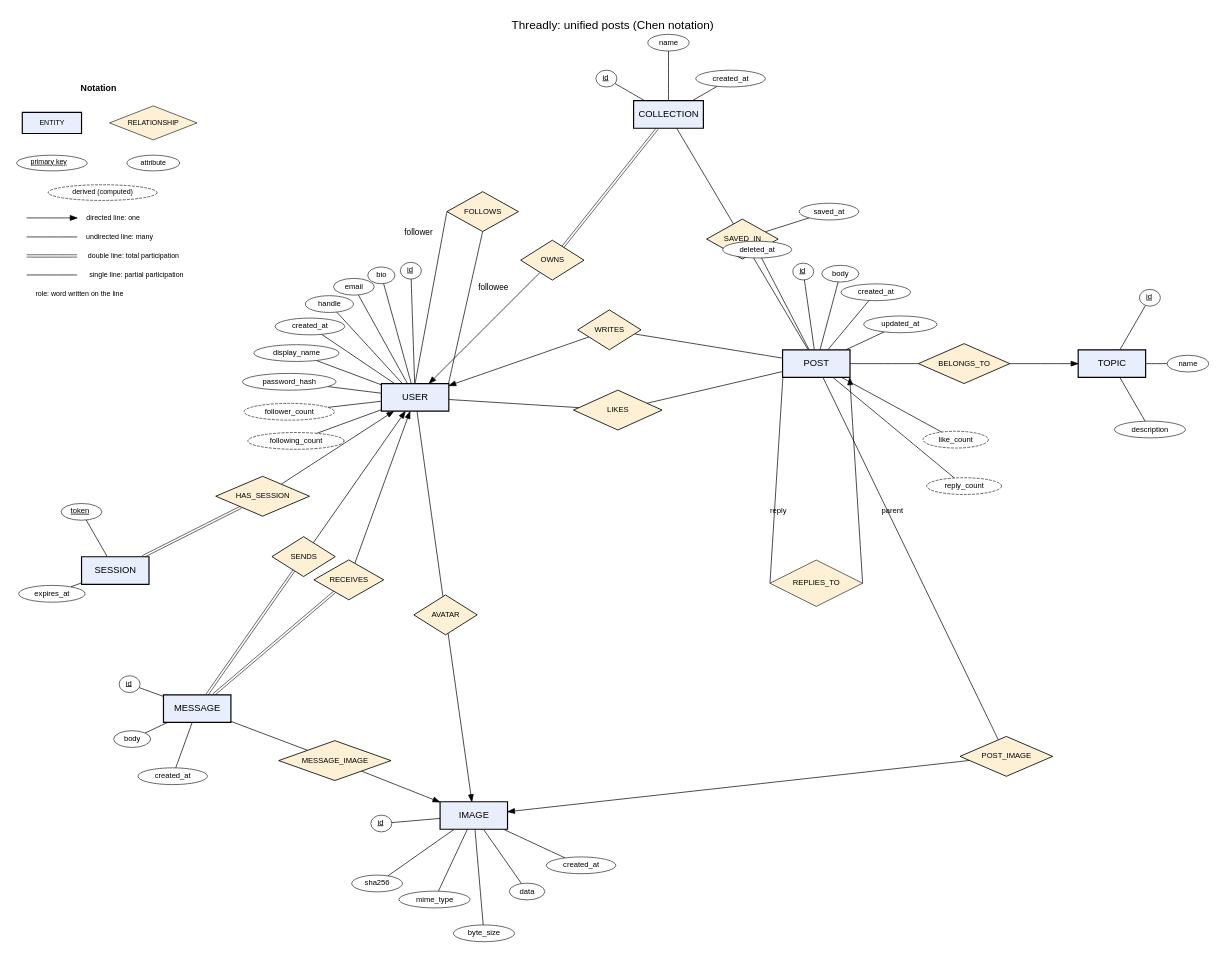
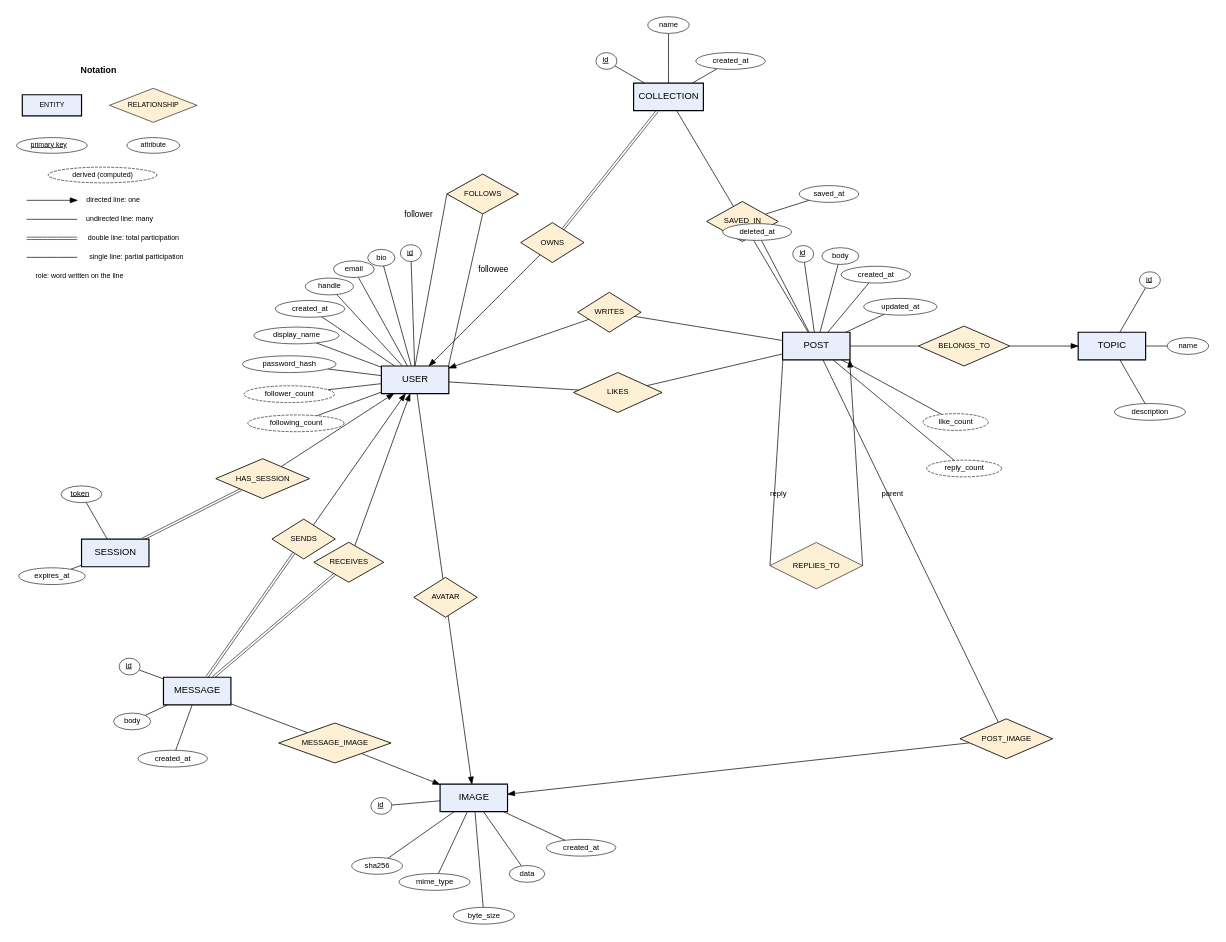
The diagram in docs/er-diagram.dot (invalidcode232/comp3278-project), drawn with Graphviz before and after one commit. The commit also changed 2 other files, not shown here.

Commit message:
docs: remove ER diagram title

```diff
--- a/docs/er-diagram.dot
+++ b/docs/er-diagram.dot
@@ -1,164 +1,163 @@
 // Chen-notation ER diagram for the COMP3278 social app.
 //
 // Render to SVG with Graphviz (neato engine, because every node position is pinned):
 //   dot -Kneato -Tsvg docs/er-diagram.dot -o docs/er-diagram.svg
 // or paste this file into https://dreampuf.github.io/GraphvizOnline and pick engine "neato".
 //
 // Notation
 //   rectangle       entity set
 //   diamond         relationship set
 //   ellipse         attribute: underlined = primary key, dashed = derived (computed by a query, not stored)
 //   arrow           mapping cardinality "one": directed line from the relationship to the entity on the one side
 //   plain line      mapping cardinality "many": undirected line (both sides plain = many-to-many)
 //   double line     total participation: every entity on that side must take part (NOT NULL foreign key)
 //   single line     partial participation
 //   role name       written on the line (follower / followee on the recursive FOLLOWS)
 // Foreign-key columns (author_id, topic_id, ...) are not drawn as attributes: in Chen notation the
 // relationship diamonds represent them. Positions are in inches (pos="x,y!" pins a node).
 
 graph ER {
   graph [layout=neato, splines=true, outputorder=edgesfirst, pad=0.3, bgcolor=white,
-         fontname="Helvetica", fontsize=20, labelloc=t,
-         label="Threadly: unified posts (Chen notation)"];
+         fontname="Helvetica"];
   node  [fontname="Helvetica"];
   edge  [fontname="Helvetica", fontsize=15, penwidth=1.2];
 
   // ---------------------------------------------------------------- entity sets
   node [shape=box, style="filled", fillcolor="#e8eefc", penwidth=2, width=1.6, height=0.65, fontsize=16];
   USER        [pos="0,0!"];
   SESSION     [pos="-7.1,-4.1!"];
   MESSAGE     [pos="-5.16,-7.37!"];
   IMAGE       [pos="1.39,-9.9!"];
   POST      [pos="9.5,0.8!"];
   TOPIC       [pos="16.5,0.8!"];
   COLLECTION  [pos="6.0,6.7!"];
 
   // ---------------------------------------------------------------- relationship sets
   node [shape=diamond, style=filled, fillcolor="#fdf0d5", penwidth=1.4, width=1.5, height=0.95, fontsize=13];
   R_HAS       [label="HAS_SESSION", pos="-3.61,-2.34!", width=2.0];
   R_FOLLOWS   [label="FOLLOWS", pos="1.6,4.4!", width=1.7];
   R_OWNS      [label="OWNS", pos="3.25,3.25!"];
   R_SAVED     [label="SAVED_IN", pos="7.75,3.75!", width=1.7];
   R_WRITES    [label="WRITES", pos="4.6,1.6!"];
   R_LIKES_T   [label="LIKES", pos="4.8,-0.3!", width=2.1];
   R_IN        [label="BELONGS_TO", pos="13.0,0.8!", width=1.9];
   R_AVATAR    [label="AVATAR", pos="0.72,-5.15!"];
   R_SENDS     [label="SENDS", pos="-2.64,-3.77!"];
   R_RECEIVES  [label="RECEIVES", pos="-1.57,-4.32!", width=1.6];
   R_M_IMG     [label="MESSAGE_IMAGE", pos="-1.9,-8.6!", width=2.3];
   R_T_IMG     [label="POST_IMAGE", pos="14.0,-8.5!", width=2.2];
 
   // ---------------------------------------------------------------- attributes
   node [shape=ellipse, style=filled, fillcolor=white, penwidth=1, width=0, height=0, margin="0.09,0.04", fontsize=13];
   // USER
   u_id         [label=<<u>id</u>>, pos="-0.1,3.0!"];
   u_bio        [label="bio", pos="-0.8,2.89!"];
   u_email      [label="email", pos="-1.45,2.62!"];
   u_handle     [label="handle", pos="-2.03,2.21!"];
   u_created    [label="created_at", pos="-2.49,1.68!"];
   u_name       [label="display_name", pos="-2.81,1.05!"];
   u_pw         [label="password_hash", pos="-2.98,0.37!"];
   u_followers  [label="follower_count", style="filled,dashed", pos="-2.98,-0.34!"];
   u_following  [label="following_count", style="filled,dashed", pos="-2.82,-1.03!"];
   USER -- {u_id u_bio u_email u_handle u_created u_name u_pw u_followers u_following};
   // SESSION
   s_token      [label=<<u>token</u>>, pos="-7.9,-2.71!"];
   s_expires    [label="expires_at", pos="-8.6,-4.65!"];
   SESSION -- {s_token s_expires};
   // MESSAGE
   m_id         [label=<<u>id</u>>, pos="-6.76,-6.79!"];
   m_body       [label="body", pos="-6.7,-8.09!"];
   m_created    [label="created_at", pos="-5.74,-8.97!"];
   MESSAGE -- {m_id m_body m_created};
   // IMAGE
   i_id         [label=<<u>id</u>>, pos="-0.8,-10.09!"];
   i_sha        [label="sha256", pos="-0.9,-11.51!"];
   i_mime       [label="mime_type", pos="0.46,-11.89!"];
   i_size       [label="byte_size", pos="1.63,-12.69!"];
   i_data       [label="data", pos="2.65,-11.7!"];
   i_created    [label="created_at", pos="3.93,-11.08!"];
   IMAGE -- {i_id i_sha i_mime i_size i_data i_created};
   // POST
   t_id         [label=<<u>id</u>>, pos="9.19,2.98!"];
   t_body       [label="body", pos="10.07,2.93!"];
   t_created    [label="created_at", pos="10.91,2.49!"];
   t_updated    [label="updated_at", pos="11.49,1.73!"];
   t_likes      [label="like_count", style="filled,dashed", pos="12.8,-1.0!"];
   t_replies   [label="reply_count", style="filled,dashed", pos="13,-2.1!"];
   POST -- {t_id t_body t_created t_updated t_likes t_replies};
   // TOPIC
   tp_id        [label=<<u>id</u>>, pos="17.4,2.36!"];
   tp_name      [label="name", pos="18.3,0.8!"];
   tp_desc      [label="description", pos="17.4,-0.76!"];
   TOPIC -- {tp_id tp_name tp_desc};
   // COLLECTION
   c_id         [label=<<u>id</u>>, pos="4.53,7.55!"];
   c_name       [label="name", pos="6.0,8.4!"];
   c_created    [label="created_at", pos="7.47,7.55!"];
   COLLECTION -- {c_id c_name c_created};
   ct_saved     [label="saved_at", pos="9.8,4.4!"];   // attribute of the relationship itself
   R_SAVED -- ct_saved;
 
   // ---------------------------------------------------------------- entity -- relationship lines
   R_HAS          -- USER           [dir=forward, arrowhead=normal, arrowsize=1.2];   // one
   SESSION        -- R_HAS          [dir=none, color="black:invis:black", penwidth=1];   // many
   USER:n         -- R_FOLLOWS:w    [dir=none];   // many
   USER:ne        -- R_FOLLOWS:s    [dir=none];   // many
   R_OWNS         -- USER           [dir=forward, arrowhead=normal, arrowsize=1.2];   // one
   COLLECTION     -- R_OWNS         [dir=none, color="black:invis:black", penwidth=1];   // many
   COLLECTION     -- R_SAVED        [dir=none];   // many
   POST         -- R_SAVED        [dir=none];   // many
   R_WRITES       -- USER           [dir=forward, arrowhead=normal, arrowsize=1.2];   // one
   POST         -- R_WRITES       [dir=none];   // many
   USER           -- R_LIKES_T      [dir=none];   // many
   POST         -- R_LIKES_T      [dir=none];   // many
   R_IN           -- TOPIC          [dir=forward, arrowhead=normal, arrowsize=1.2];   // one
   POST         -- R_IN           [dir=none];   // many
   R_AVATAR       -- IMAGE          [dir=forward, arrowhead=normal, arrowsize=1.2];   // one
   USER           -- R_AVATAR       [dir=none];   // many
   R_SENDS        -- USER           [dir=forward, arrowhead=normal, arrowsize=1.2];   // one
   MESSAGE        -- R_SENDS        [dir=none, color="black:invis:black", penwidth=1];   // many
   R_RECEIVES     -- USER           [dir=forward, arrowhead=normal, arrowsize=1.2];   // one
   MESSAGE        -- R_RECEIVES     [dir=none, color="black:invis:black", penwidth=1];   // many
   R_M_IMG        -- IMAGE          [dir=forward, arrowhead=normal, arrowsize=1.2];   // one
   MESSAGE        -- R_M_IMG        [dir=none];   // many
   R_T_IMG        -- IMAGE          [dir=forward, arrowhead=normal, arrowsize=1.2];   // one
   POST         -- R_T_IMG        [dir=none];   // many
 
   // FOLLOWS is recursive (USER to USER): one line per role, with the role name written on the line.
   role_follower [shape=plaintext, style="", fontsize=14, label="follower", pos="0.08,3.9!"];
   role_followee [shape=plaintext, style="", fontsize=14, label="followee", pos="1.85,2.6!"];
 
   // SENDS and RECEIVES may connect the same user to one message (self-message).
   // Recursive parent relationship: optional on both roles (roots have no parent).
   R_REPLY [shape=diamond, style=filled, fillcolor="#fdf0d5", label="REPLIES_TO", pos="9.5,-4.4!", width=2.2, height=1.1];
   POST:sw -- R_REPLY:w [dir=none];
   R_REPLY:e -- POST:se [dir=forward, arrowhead=normal, arrowsize=1.2];
   role_reply [shape=plaintext, style="", label="reply", pos="8.6,-2.7!"];
   role_parent [shape=plaintext, style="", label="parent", pos="11.3,-2.7!"];
   t_deleted [shape=ellipse, style=filled, fillcolor=white, label="deleted_at", pos="8.1,3.5!"];
   POST -- t_deleted;
   // ---------------------------------------------------------------- legend
   node [fontsize=12];
   lg_title [shape=plaintext, style="", label=<<b>Notation</b>>, pos="-7.4,7.3!", fontsize=15];
   lg_e  [shape=box, style=filled, fillcolor="#e8eefc", penwidth=2, label="ENTITY", width=1.4, height=0.5, pos="-8.6,6.5!"];
   lg_r  [shape=diamond, style=filled, fillcolor="#fdf0d5", label="RELATIONSHIP", width=1.9, height=0.8, pos="-6.2,6.5!"];
   lg_k  [shape=ellipse, style=filled, fillcolor=white, label=<<u>primary key</u>>, pos="-8.6,5.55!"];
   lg_a  [shape=ellipse, style=filled, fillcolor=white, label="attribute", pos="-6.2,5.55!"];
   lg_d  [shape=ellipse, style="filled,dashed", fillcolor=white, label="derived (computed)", pos="-7.4,4.85!"];
   node [shape=plaintext, style="", fontsize=12];
   lg_o1 [shape=point, width=0.01, pos="-9.2,4.25!"]; lg_o2 [shape=point, width=0.01, pos="-8.0,4.25!"];
   lg_o  [label="directed line: one", pos="-7.15,4.25!"];
   lg_m1 [shape=point, width=0.01, pos="-9.2,3.8!"];  lg_m2 [shape=point, width=0.01, pos="-8.0,3.8!"];
   lg_m  [label="undirected line: many", pos="-7.0,3.8!"];
   lg_t1 [shape=point, width=0.01, pos="-9.2,3.35!"]; lg_t2 [shape=point, width=0.01, pos="-8.0,3.35!"];
   lg_t  [label="double line: total participation", pos="-6.67,3.35!"];
   lg_p1 [shape=point, width=0.01, pos="-9.2,2.9!"];  lg_p2 [shape=point, width=0.01, pos="-8.0,2.9!"];
   lg_p  [label="single line: partial participation", pos="-6.6,2.9!"];
   lg_ro [label="role: word written on the line", pos="-7.95,2.45!"];
   lg_o1 -- lg_o2 [dir=forward, arrowhead=normal, arrowsize=1.2];
   lg_m1 -- lg_m2 [dir=none];
   lg_t1 -- lg_t2 [dir=none, color="black:invis:black", penwidth=1];
   lg_p1 -- lg_p2 [dir=none];
 
 }
```
